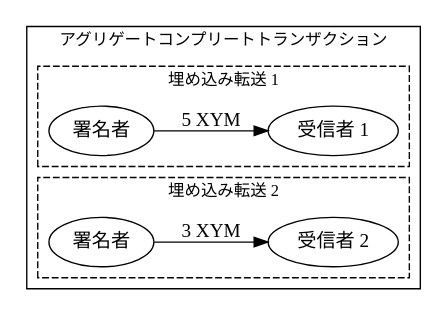
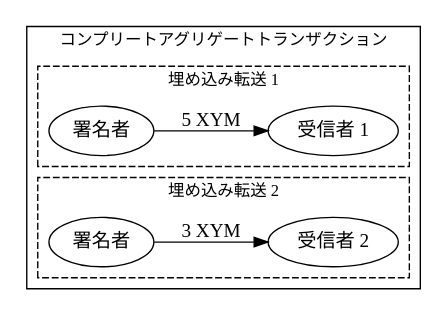
Before and after one commit to symbol/symbol: the diagram in mkdocs/pages/ja/devbook/transactions/transaction-batching.md, drawn with Graphviz. The commit also changed other lines of this file and 31 other files, not shown here.

````diff
--- a/mkdocs/pages/ja/devbook/transactions/transaction-batching.md
+++ b/mkdocs/pages/ja/devbook/transactions/transaction-batching.md
@@ -14,26 +14,26 @@
 ```dot
 digraph {
     rankdir="LR";
     fontsize=12;
     subgraph clusterAggregate {
-        label = "アグリゲートコンプリートトランザクション";
-        tooltip = "アグリゲートコンプリートトランザクション";
+        label = "コンプリートアグリゲートトランザクション";
+        tooltip = "コンプリートアグリゲートトランザクション";
         subgraph clusterT1 {
             label = "埋め込み転送 1";
             tooltip = "埋め込み転送 1";
             style = dashed;
             S1 [label="署名者" tooltip="署名者"];
             R1 [label="受信者 1" tooltip="受信者 1"];
             S1 -> R1 [label="5 XYM"];
         }
         subgraph clusterT2 {
             label = "埋め込み転送 2";
             tooltip = "埋め込み転送 2";
             style = dashed;
             S2 [label="署名者" tooltip="署名者"];
             R2 [label="受信者 2" tooltip="受信者 2"];
             S2 -> R2 [label="3 XYM"];
         }
     }
 }
 ```
````
